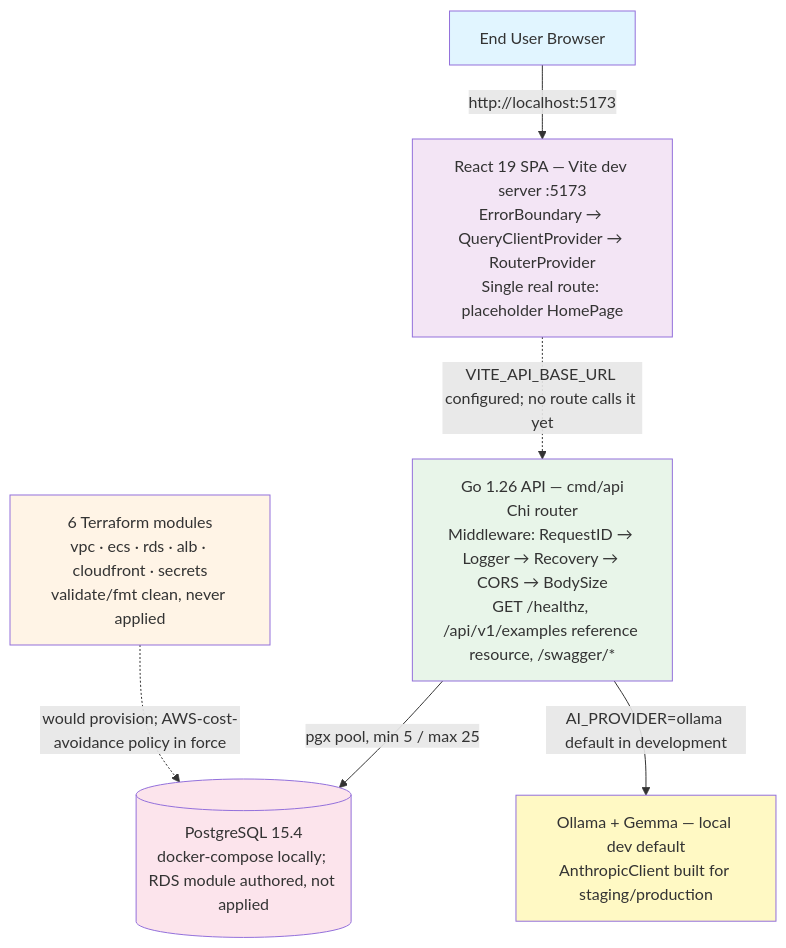
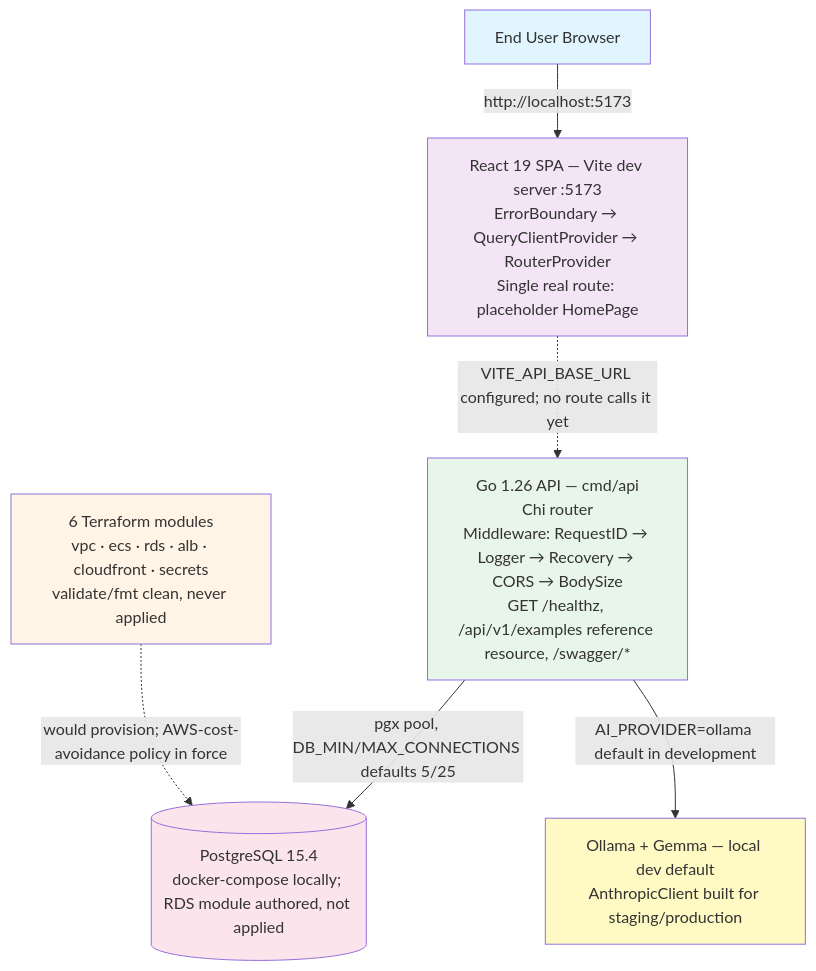
The second of 2 diagrams in docs/architecture.md (JosemaPereira/TrAIveler), drawn with Mermaid before and after one commit. The commit also changed other lines of this file and 9 other files, not shown here.

````diff
--- a/docs/architecture.md
+++ b/docs/architecture.md
@@ -288,22 +289,22 @@
 ```mermaid
 graph TD
     User[End User Browser]
     FE[React 19 SPA — Vite dev server :5173<br/>ErrorBoundary → QueryClientProvider → RouterProvider<br/>Single real route: placeholder HomePage]
     API[Go 1.26 API — cmd/api<br/>Chi router<br/>Middleware: RequestID → Logger → Recovery → CORS → BodySize<br/>GET /healthz, /api/v1/examples reference resource, /swagger/*]
     DB[(PostgreSQL 15.4<br/>docker-compose locally; RDS module authored, not applied)]
     AI[Ollama + Gemma — local dev default<br/>AnthropicClient built for staging/production]
     TF[6 Terraform modules<br/>vpc · ecs · rds · alb · cloudfront · secrets<br/>validate/fmt clean, never applied]
 
     User -->|http://localhost:5173| FE
     FE -.->|VITE_API_BASE_URL configured; no route calls it yet| API
-    API -->|pgx pool, min 5 / max 25| DB
+    API -->|pgx pool, DB_MIN/MAX_CONNECTIONS defaults 5/25| DB
     API -->|AI_PROVIDER=ollama default in development| AI
     TF -.->|would provision; AWS-cost-avoidance policy in force| DB
 
     style User fill:#e1f5ff
     style FE fill:#f3e5f5
     style API fill:#e8f5e9
     style DB fill:#fce4ec
     style AI fill:#fff9c4
     style TF fill:#fff4e6
 ```
````
